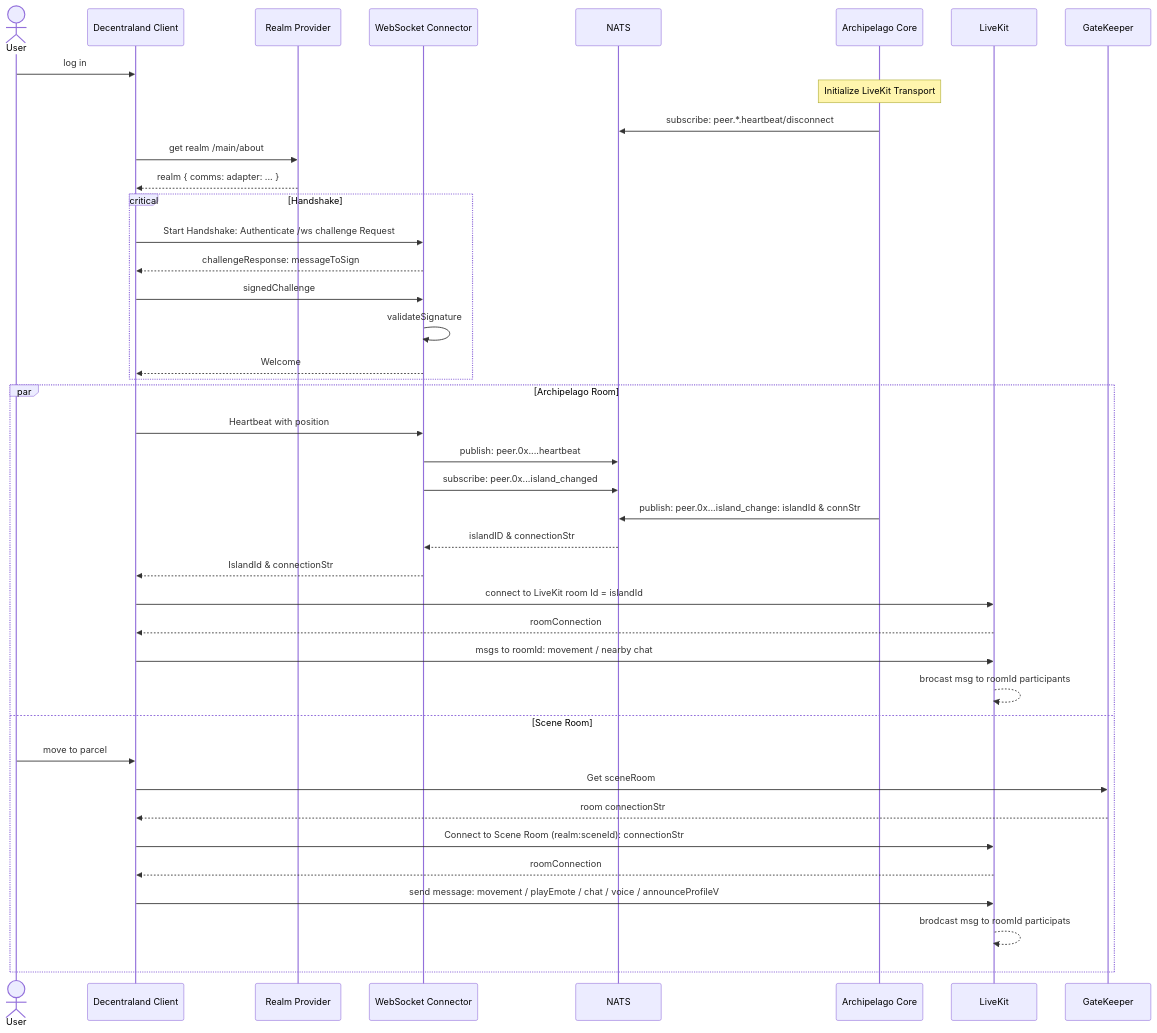
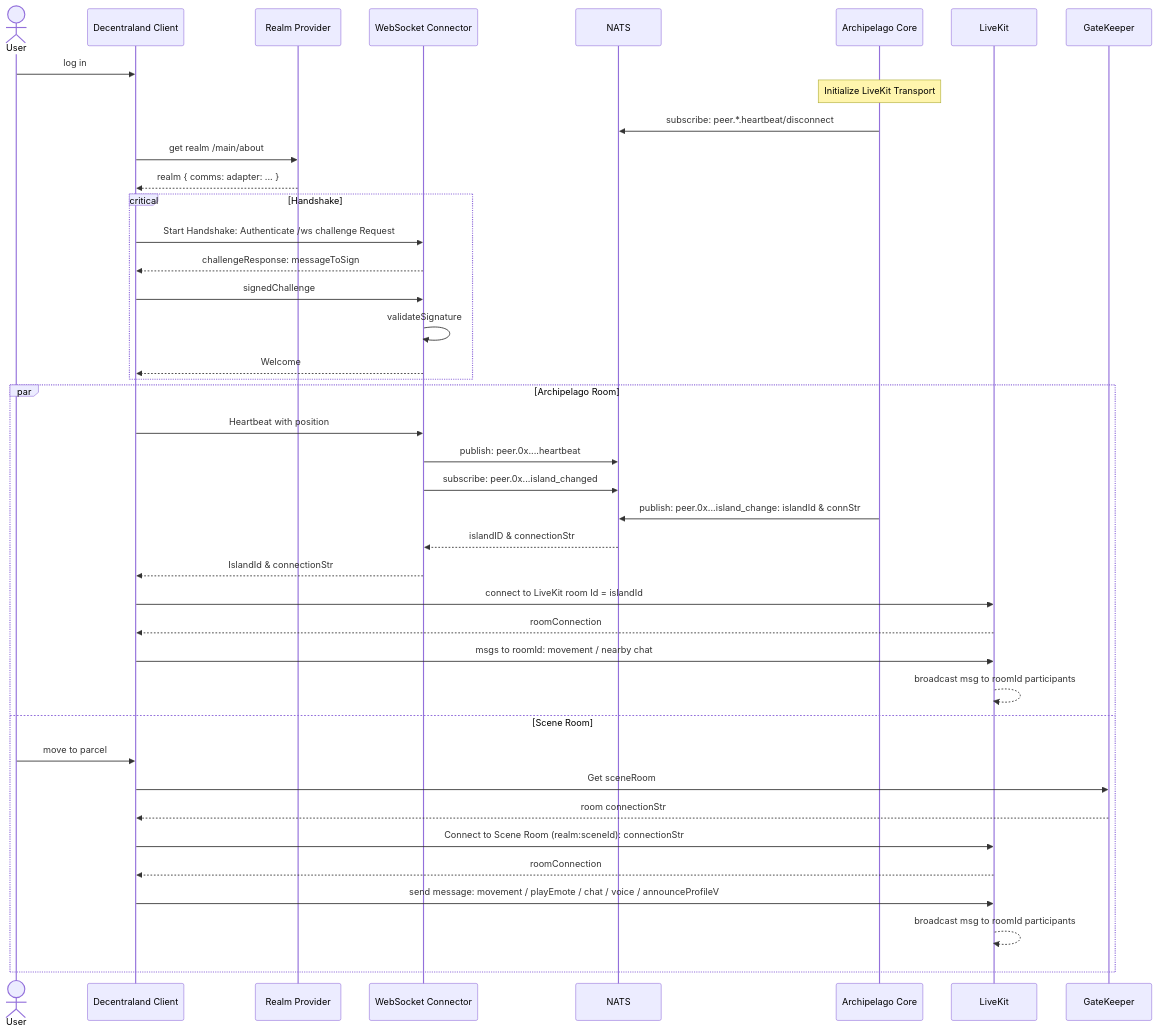
One commit to decentraland/adr changed the first of 7 diagrams in content/ADR-204-comms-architecture.md. Above: the diagram before and after it, drawn with Mermaid. The commit also changed other lines of this file, not shown here.

````diff
--- a/content/ADR-204-comms-architecture.md
+++ b/content/ADR-204-comms-architecture.md
@@ -108,44 +108,44 @@
 ```mermaid
 sequenceDiagram
 actor User
 participant C as Decentraland Client
 participant R as Realm Provider
 participant WS as WebSocket Connector
 participant N as NATS
 participant A as Archipelago Core
 participant L as LiveKit 
 participant G as GateKeeper 
 User->>C: log in
 Note over A: Initialize LiveKit Transport
 A->>N: subscribe: peer.*.heartbeat/disconnect
 C->>R: get realm /main/about
 R-->>C: realm { comms: adapter: ... }
 critical Handshake
 	C->>WS: Start Handshake: Authenticate /ws challenge Request
 	WS-->>C: challengeResponse: messageToSign
 	C->>WS: signedChallenge  
 	WS->>WS: validateSignature 
 	WS-->>C: Welcome
 end	
 par Archipelago Room
 	C->>WS: Heartbeat with position 
 	WS->>N: publish: peer.0x....heartbeat
 	WS->>N: subscribe: peer.0x...island_changed 
 	A->>N: publish: peer.0x...island_change: islandId & connStr 
 
 	N-->>WS: islandID & connectionStr
 	WS-->>C: IslandId & connectionStr
 	C->>L: connect to LiveKit room Id = islandId
 	L-->>C: roomConnection
 	C->>L: msgs to roomId: movement / nearby chat
-	L-->>L: brocast msg to roomId participants 
+	L-->>L: broadcast msg to roomId participants 
 and Scene Room
 	User->>C: move to parcel 
 	C->>G: Get sceneRoom 
 	G-->>C: room connectionStr
 	C->>L: Connect to Scene Room (realm:sceneId): connectionStr
 	L-->>C: roomConnection
 	C->>L: send message: movement / playEmote / chat / voice / announceProfileV
-	L-->>L: brodcast msg to roomId participats 
+	L-->>L: broadcast msg to roomId participants 
 end
 ``` 
````
